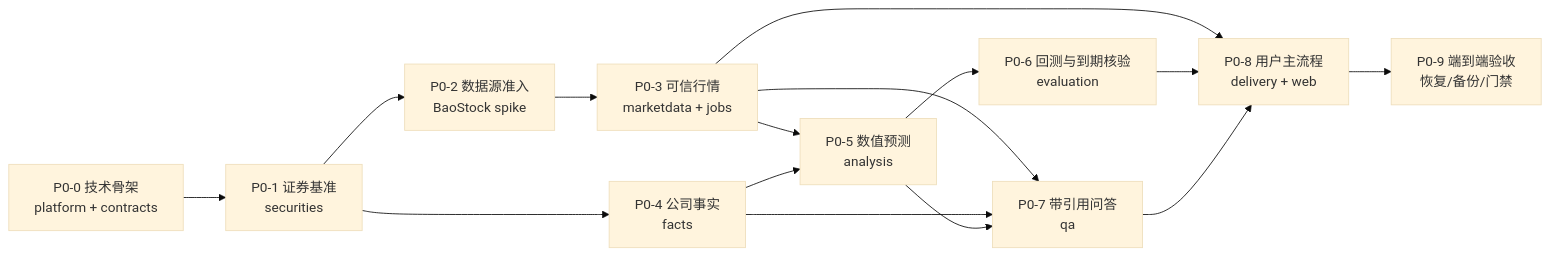
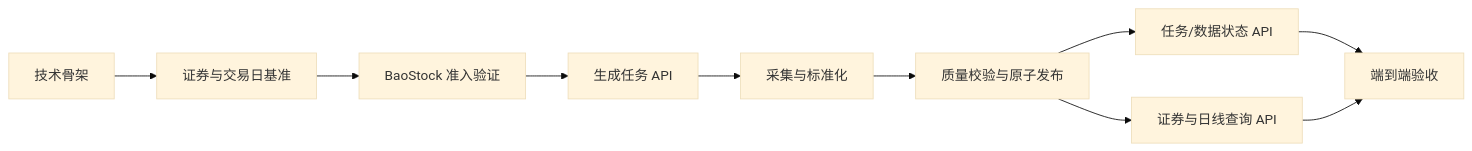
One commit to NANALIKE/stock_analysis_assistant changed the fifth of 5 diagrams in docs/architecture/technical-architecture.md. Above: the diagram before and after it, drawn with Mermaid (base theme). The commit also changed other lines of this file, not shown here.

Commit message:
docs(VOICE-2): narrow phase one to market data API

````diff
--- a/docs/architecture/technical-architecture.md
+++ b/docs/architecture/technical-architecture.md
@@ -505,17 +477,12 @@
 ```mermaid
 flowchart LR
-    P00[P0-0 技术骨架\nplatform + contracts] --> P01[P0-1 证券基准\nsecurities]
-    P01 --> P02[P0-2 数据源准入\nBaoStock spike]
-    P02 --> P03[P0-3 可信行情\nmarketdata + jobs]
-    P01 --> P04[P0-4 公司事实\nfacts]
-    P03 --> P05[P0-5 数值预测\nanalysis]
-    P04 --> P05
-    P05 --> P06[P0-6 回测与到期核验\nevaluation]
-    P03 --> P07[P0-7 带引用问答\nqa]
-    P04 --> P07
-    P05 --> P07
-    P03 --> UI[P0-8 用户主流程\ndelivery + web]
-    P06 --> UI
-    P07 --> UI
-    UI --> AC[P0-9 端到端验收\n恢复/备份/门禁]
+    A[技术骨架] --> B[证券与交易日基准]
+    B --> C[BaoStock 准入验证]
+    C --> D[生成任务 API]
+    D --> E[采集与标准化]
+    E --> F[质量校验与原子发布]
+    F --> G[任务/数据状态 API]
+    F --> H[证券与日线查询 API]
+    G --> I[端到端验收]
+    H --> I
 ```
````
